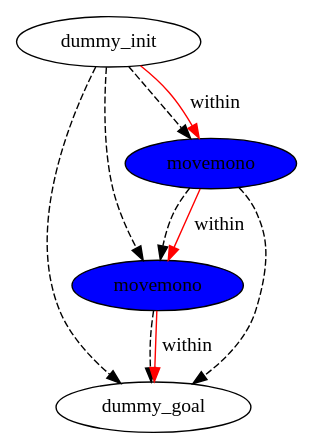
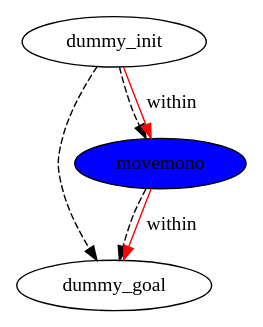
The diagram in plans/manipulation-domain/test_94_problem-plan_0.dot (PetervDooren/PyDPOCL), drawn with Graphviz before and after one commit. The commit also changed 799 other files, not shown here.

```diff
--- a/plans/manipulation-domain/test_94_problem-plan_0.dot
+++ b/plans/manipulation-domain/test_94_problem-plan_0.dot
@@ -1,15 +1,10 @@
 digraph {
-	"0ff4c2d6-e0d6-5081-e98d-c5f7a9d06567" [label=dummy_init fillcolor=white style=filled]
-	"ce3fde9a-12aa-5ab4-7e59-a0d13c5168b0" [label=dummy_goal fillcolor=white style=filled]
-	"178cb5a0-3b66-8afa-3cf8-b9130ed40264" [label=movemono fillcolor=blue style=filled]
-	"21351574-4adb-8f79-ff82-bf843e86cc14" [label=movemono fillcolor=blue style=filled]
-	"21351574-4adb-8f79-ff82-bf843e86cc14" -> "ce3fde9a-12aa-5ab4-7e59-a0d13c5168b0" [color=black style=dashed]
-	"0ff4c2d6-e0d6-5081-e98d-c5f7a9d06567" -> "178cb5a0-3b66-8afa-3cf8-b9130ed40264" [color=black style=dashed]
-	"0ff4c2d6-e0d6-5081-e98d-c5f7a9d06567" -> "ce3fde9a-12aa-5ab4-7e59-a0d13c5168b0" [color=black style=dashed]
-	"178cb5a0-3b66-8afa-3cf8-b9130ed40264" -> "ce3fde9a-12aa-5ab4-7e59-a0d13c5168b0" [color=black style=dashed]
-	"21351574-4adb-8f79-ff82-bf843e86cc14" -> "178cb5a0-3b66-8afa-3cf8-b9130ed40264" [color=black style=dashed]
-	"0ff4c2d6-e0d6-5081-e98d-c5f7a9d06567" -> "21351574-4adb-8f79-ff82-bf843e86cc14" [color=black style=dashed]
-	"0ff4c2d6-e0d6-5081-e98d-c5f7a9d06567" -> "21351574-4adb-8f79-ff82-bf843e86cc14" [label=within color=red]
-	"178cb5a0-3b66-8afa-3cf8-b9130ed40264" -> "ce3fde9a-12aa-5ab4-7e59-a0d13c5168b0" [label=within color=red]
-	"21351574-4adb-8f79-ff82-bf843e86cc14" -> "178cb5a0-3b66-8afa-3cf8-b9130ed40264" [label=within color=red]
+	"a812cf1b-69b3-5bf2-5dd0-9e342b4088da" [label=dummy_init fillcolor=white style=filled]
+	"3e39bf9b-e9b8-b3ea-2456-d76756ff66fd" [label=dummy_goal fillcolor=white style=filled]
+	"e666a9b4-9e53-64dc-7a1a-fd6767e56f19" [label=movemono fillcolor=blue style=filled]
+	"e666a9b4-9e53-64dc-7a1a-fd6767e56f19" -> "3e39bf9b-e9b8-b3ea-2456-d76756ff66fd" [color=black style=dashed]
+	"a812cf1b-69b3-5bf2-5dd0-9e342b4088da" -> "e666a9b4-9e53-64dc-7a1a-fd6767e56f19" [color=black style=dashed]
+	"a812cf1b-69b3-5bf2-5dd0-9e342b4088da" -> "3e39bf9b-e9b8-b3ea-2456-d76756ff66fd" [color=black style=dashed]
+	"e666a9b4-9e53-64dc-7a1a-fd6767e56f19" -> "3e39bf9b-e9b8-b3ea-2456-d76756ff66fd" [label=within color=red]
+	"a812cf1b-69b3-5bf2-5dd0-9e342b4088da" -> "e666a9b4-9e53-64dc-7a1a-fd6767e56f19" [label=within color=red]
 }
```
